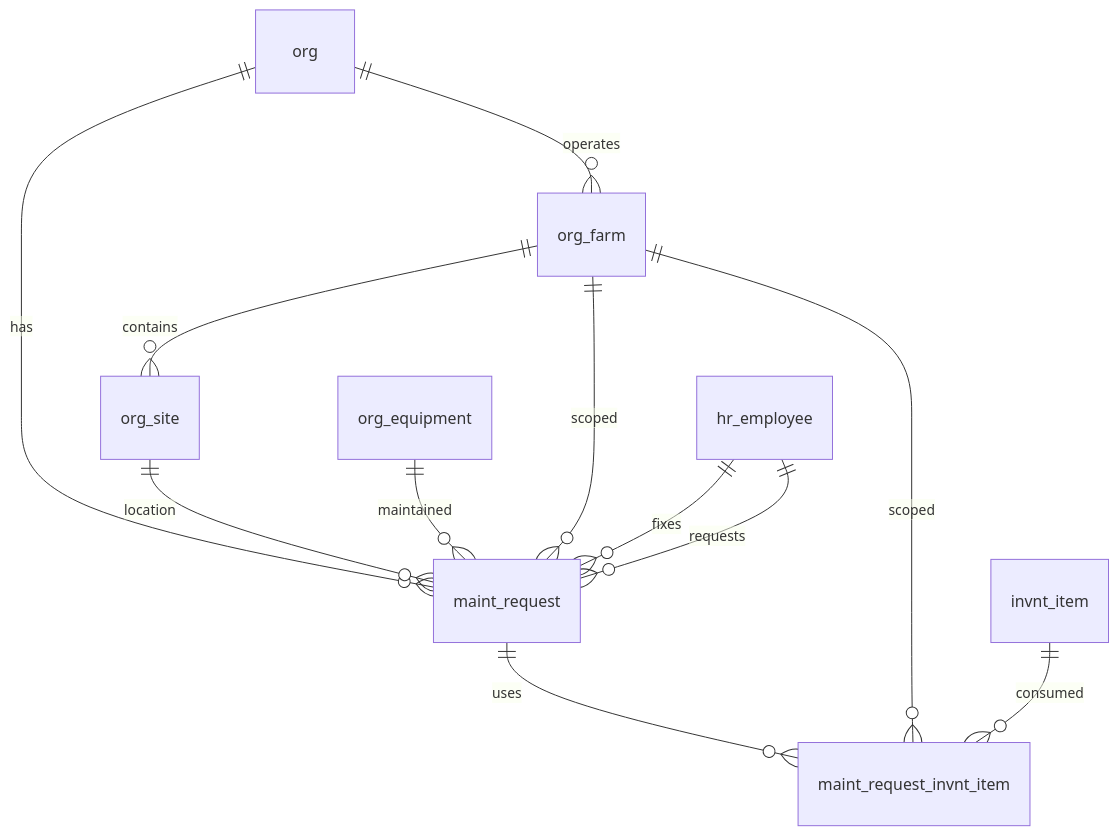
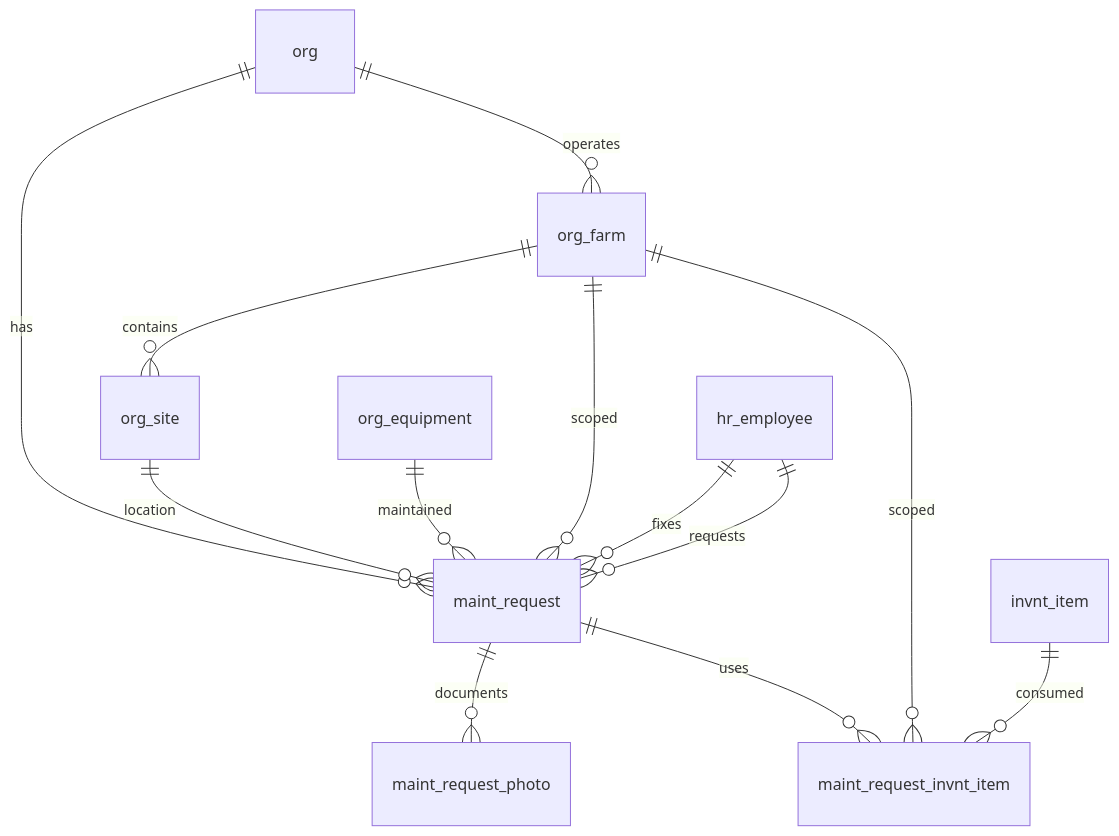
One commit to Hawaii-Farming/aloha-app changed the diagram in docs/schemas/20260401000009_maint.md. Above: the diagram before and after it, drawn with Mermaid. The commit also changed other lines of this file and 15 other files, not shown here.

First line of the commit message:
Add house inspections migration, business rules, sync schema docs with SQL

````diff
--- a/docs/schemas/20260401000009_maint.md
+++ b/docs/schemas/20260401000009_maint.md
@@ -9,14 +9,15 @@
 ```mermaid
 erDiagram
     org ||--o{ org_farm : operates
     org ||--o{ maint_request : has
     org_farm ||--o{ org_site : contains
     org_site ||--o{ maint_request : location
     org_equipment ||--o{ maint_request : maintained
     org_farm ||--o{ maint_request : scoped
     hr_employee ||--o{ maint_request : fixes
     hr_employee ||--o{ maint_request : requests
     maint_request ||--o{ maint_request_invnt_item : uses
+    maint_request ||--o{ maint_request_photo : documents
     org_farm ||--o{ maint_request_invnt_item : scoped
     invnt_item ||--o{ maint_request_invnt_item : consumed
 ```
````
